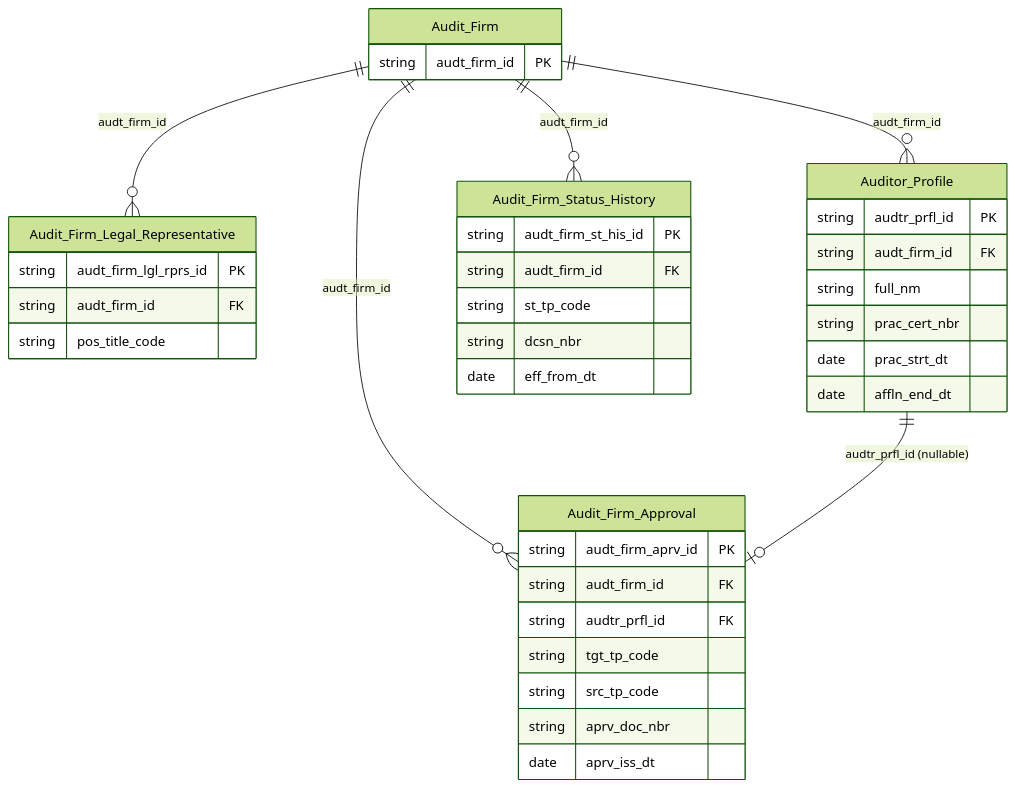
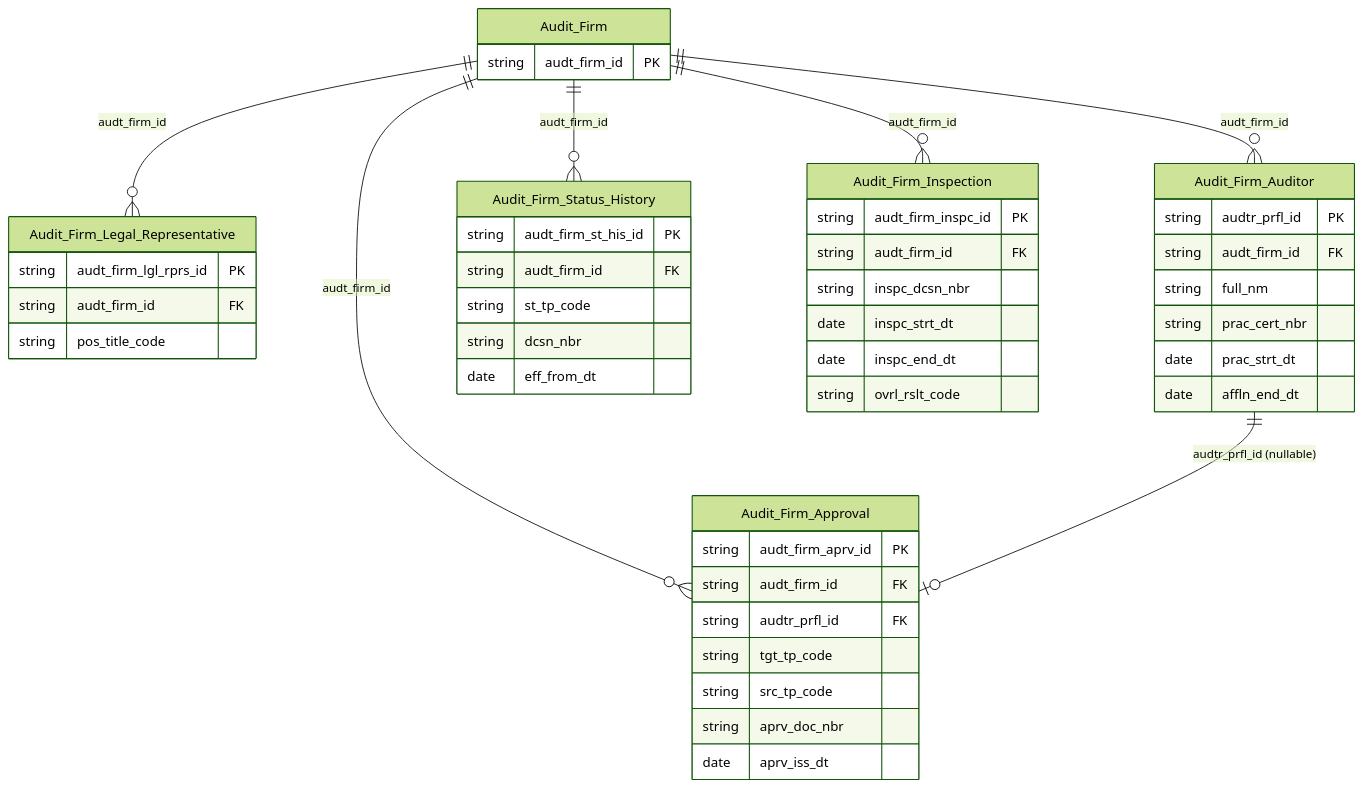
One commit to linhlvit/ubck_atomic_design changed the second of 2 diagrams in DataModel/working/Atomic/hld/AUDIT_HLD_Tier2.md. Above: the diagram before and after it, drawn with Mermaid (forest theme). The commit also changed other lines of this file and 351 other files, not shown here.

````diff
--- a/DataModel/working/Atomic/hld/AUDIT_HLD_Tier2.md
+++ b/DataModel/working/Atomic/hld/AUDIT_HLD_Tier2.md
@@ -162,7 +170,7 @@
         string pos_title_code
     }
 
-    Auditor_Profile {
+    Audit_Firm_Auditor {
         string audtr_prfl_id PK
         string audt_firm_id FK
         string full_nm
@@ -179,6 +187,15 @@
         date eff_from_dt
     }
 
+    Audit_Firm_Inspection {
+        string audt_firm_inspc_id PK
+        string audt_firm_id FK
+        string inspc_dcsn_nbr
+        date inspc_strt_dt
+        date inspc_end_dt
+        string ovrl_rslt_code
+    }
+
 
 
 
@@ -187,7 +204,8 @@
 
     Audit_Firm ||--o{ Audit_Firm_Approval : "audt_firm_id"
     Audit_Firm ||--o{ Audit_Firm_Legal_Representative : "audt_firm_id"
-    Audit_Firm ||--o{ Auditor_Profile : "audt_firm_id"
+    Audit_Firm ||--o{ Audit_Firm_Auditor : "audt_firm_id"
     Audit_Firm ||--o{ Audit_Firm_Status_History : "audt_firm_id"
-    Auditor_Profile ||--o| Audit_Firm_Approval : "audtr_prfl_id (nullable)"
+    Audit_Firm ||--o{ Audit_Firm_Inspection : "audt_firm_id"
+    Audit_Firm_Auditor ||--o| Audit_Firm_Approval : "audtr_prfl_id (nullable)"
 ```
````
